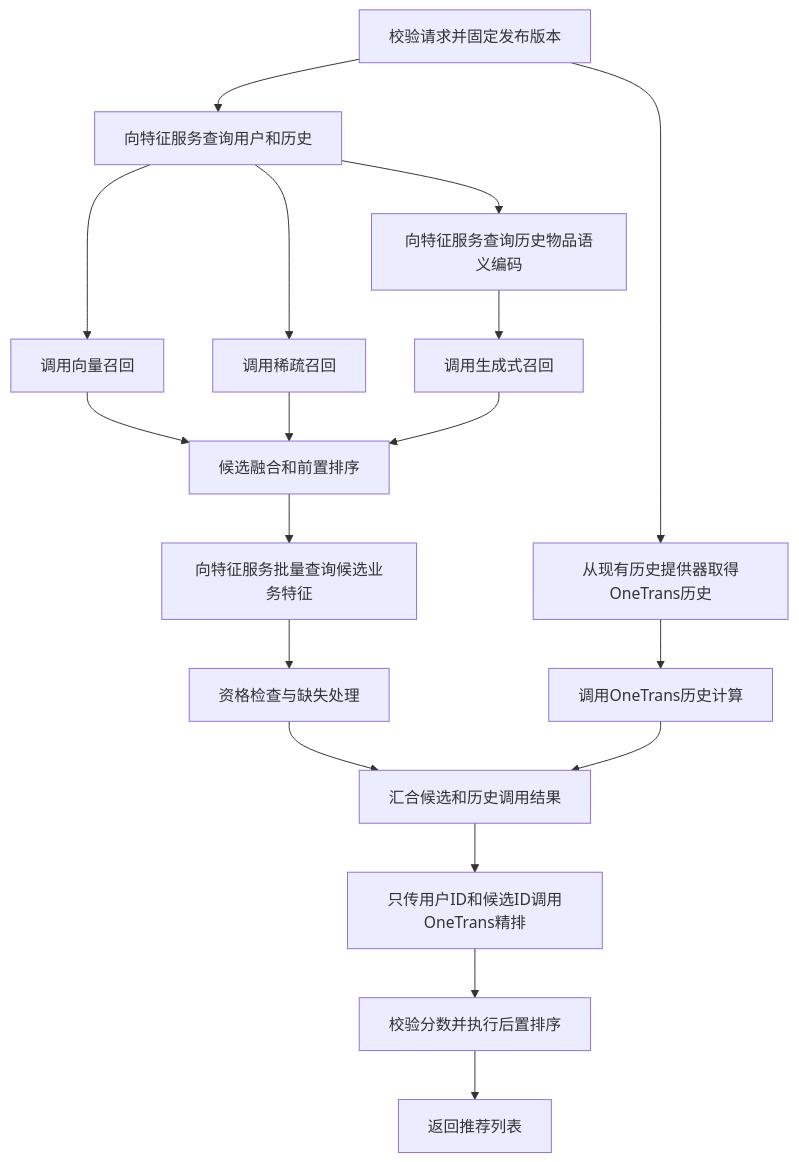
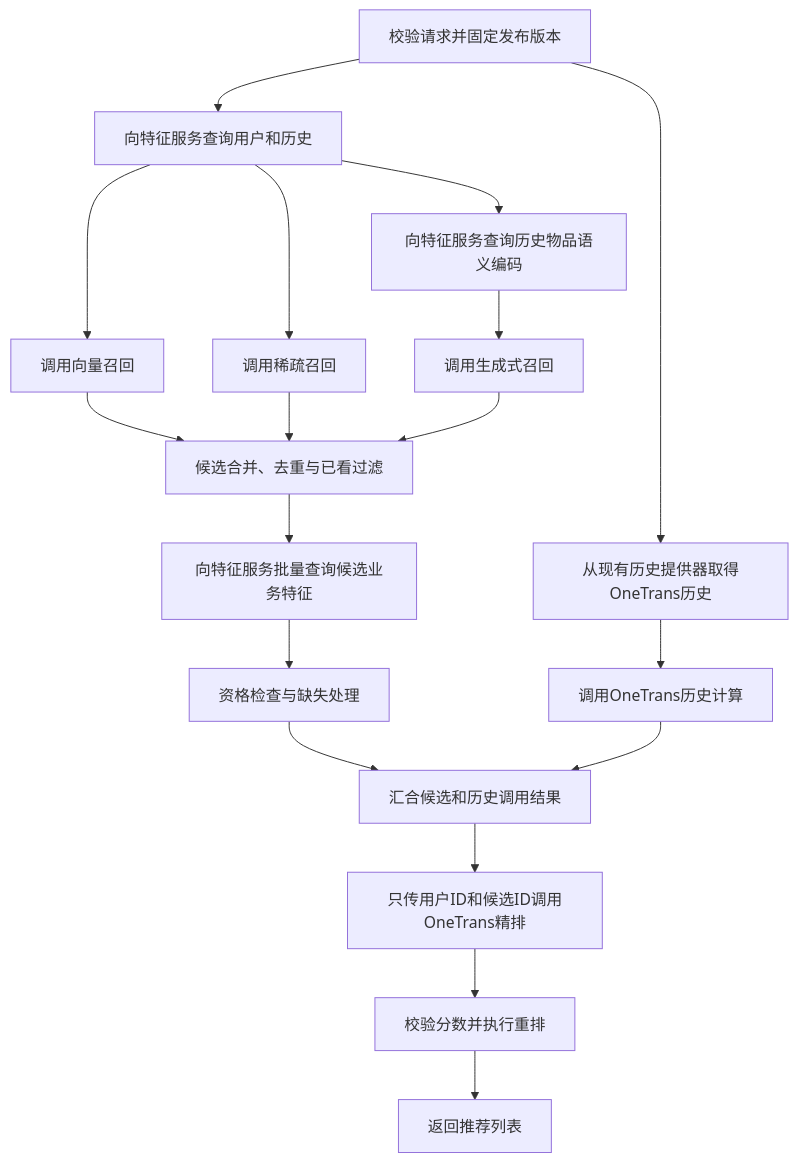
The diagram in diagrams/03_pairec_orchestration_02.mmd (bitianyuan123/docs), drawn with Mermaid before and after one commit. The commit also changed 84 other files, not shown here.

```diff
--- a/diagrams/03_pairec_orchestration_02.mmd
+++ b/diagrams/03_pairec_orchestration_02.mmd
@@ -1,18 +1,18 @@
 flowchart TB
     Input[校验请求并固定发布版本] --> User[向特征服务查询用户和历史]
     User --> Vector[调用向量召回]
     User --> Sparse[调用稀疏召回]
     User --> Semantic[向特征服务查询历史物品语义编码]
     Semantic --> Generate[调用生成式召回]
     Input --> History[从现有历史提供器取得OneTrans历史]
     History --> Ingest[调用OneTrans历史计算]
-    Vector --> Fuse[候选融合和前置排序]
+    Vector --> Fuse[候选合并、去重与已看过滤]
     Sparse --> Fuse
     Generate --> Fuse
     Fuse --> Items[向特征服务批量查询候选业务特征]
     Items --> Filter[资格检查与缺失处理]
     Filter --> Join[汇合候选和历史调用结果]
     Ingest --> Join
     Join --> Rank[只传用户ID和候选ID调用OneTrans精排]
-    Rank --> Post[校验分数并执行后置排序]
+    Rank --> Post[校验分数并执行重排]
     Post --> Return[返回推荐列表]
```
